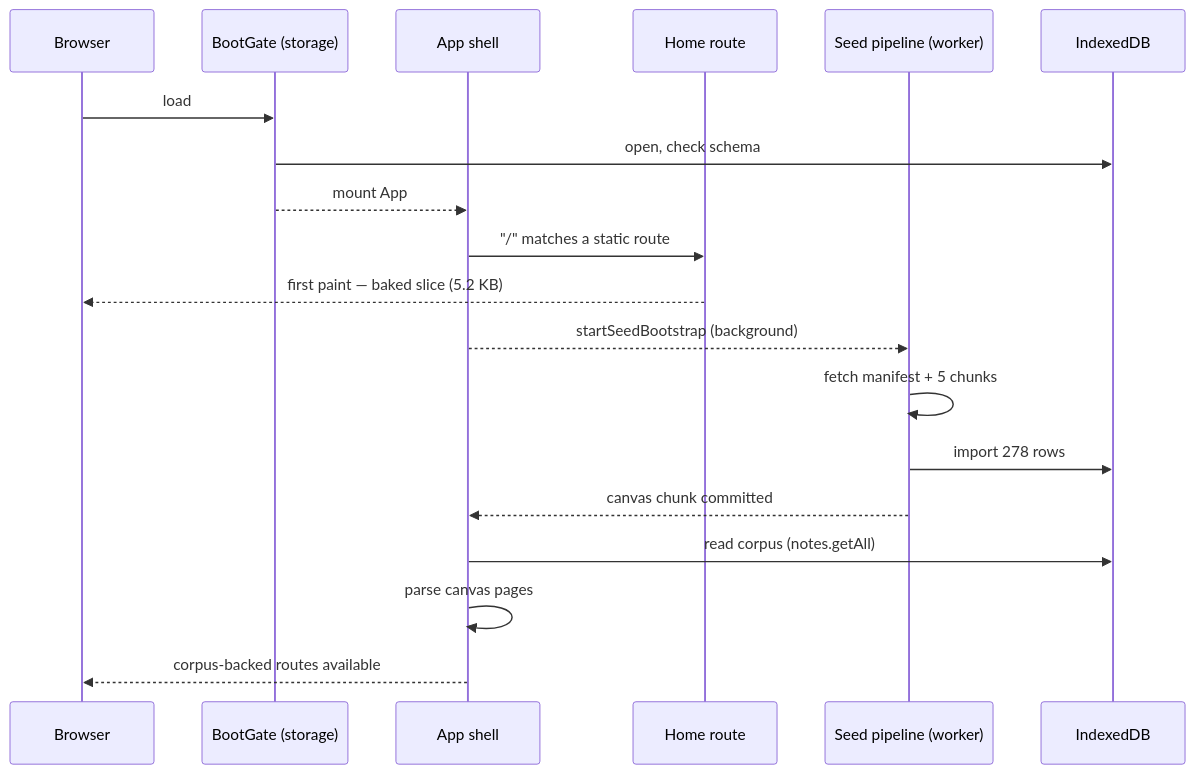
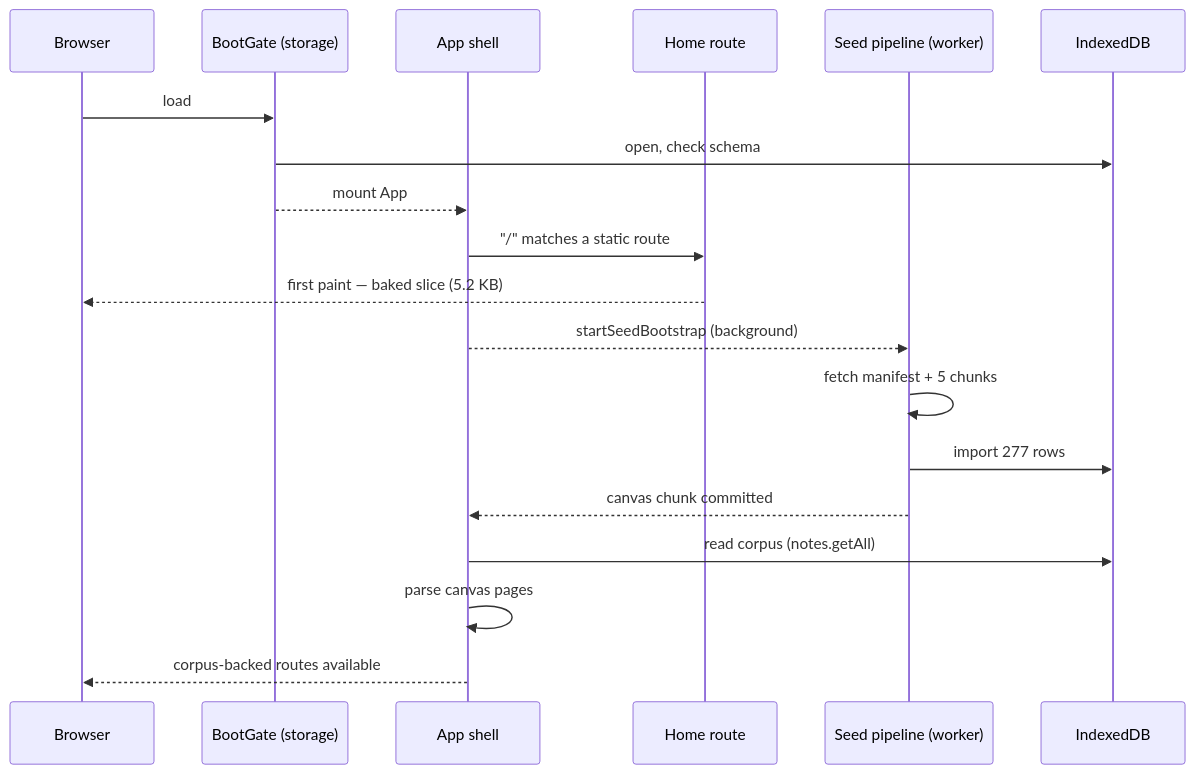
The diagram in docs/prototypes/playground-home-cold-boot-decoupling.md (bitcobblers/wod-wiki), drawn with Mermaid before and after one commit. The commit also changed other lines of this file and 33 other files, not shown here.

Commit message:
feat(playground): decouple home cold boot from seed import

````diff
--- a/docs/prototypes/playground-home-cold-boot-decoupling.md
+++ b/docs/prototypes/playground-home-cold-boot-decoupling.md
@@ -98,21 +100,21 @@
 ```mermaid
 sequenceDiagram
     participant Nav as Browser
     participant Gate as BootGate (storage)
     participant App as App shell
     participant Home as Home route
     participant Seed as Seed pipeline (worker)
     participant DB as IndexedDB
     Nav->>Gate: load
     Gate->>DB: open, check schema
     Gate-->>App: mount App
     App->>Home: "/" matches a static route
     Home-->>Nav: first paint — baked slice (5.2 KB)
     App-->>Seed: startSeedBootstrap (background)
     Seed->>Seed: fetch manifest + 5 chunks
-    Seed->>DB: import 278 rows
+    Seed->>DB: import 277 rows
     Seed-->>App: canvas chunk committed
     App->>DB: read corpus (notes.getAll)
     App->>App: parse canvas pages
     App-->>Nav: corpus-backed routes available
 ```
````
